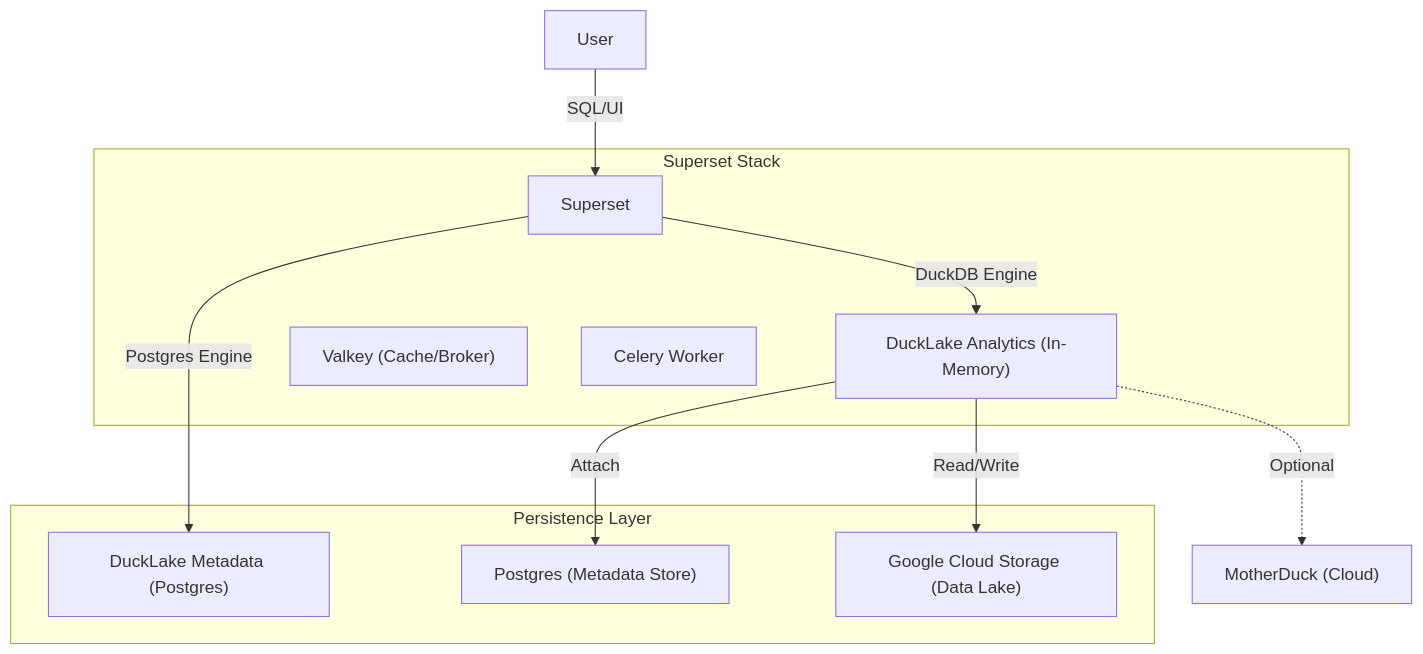
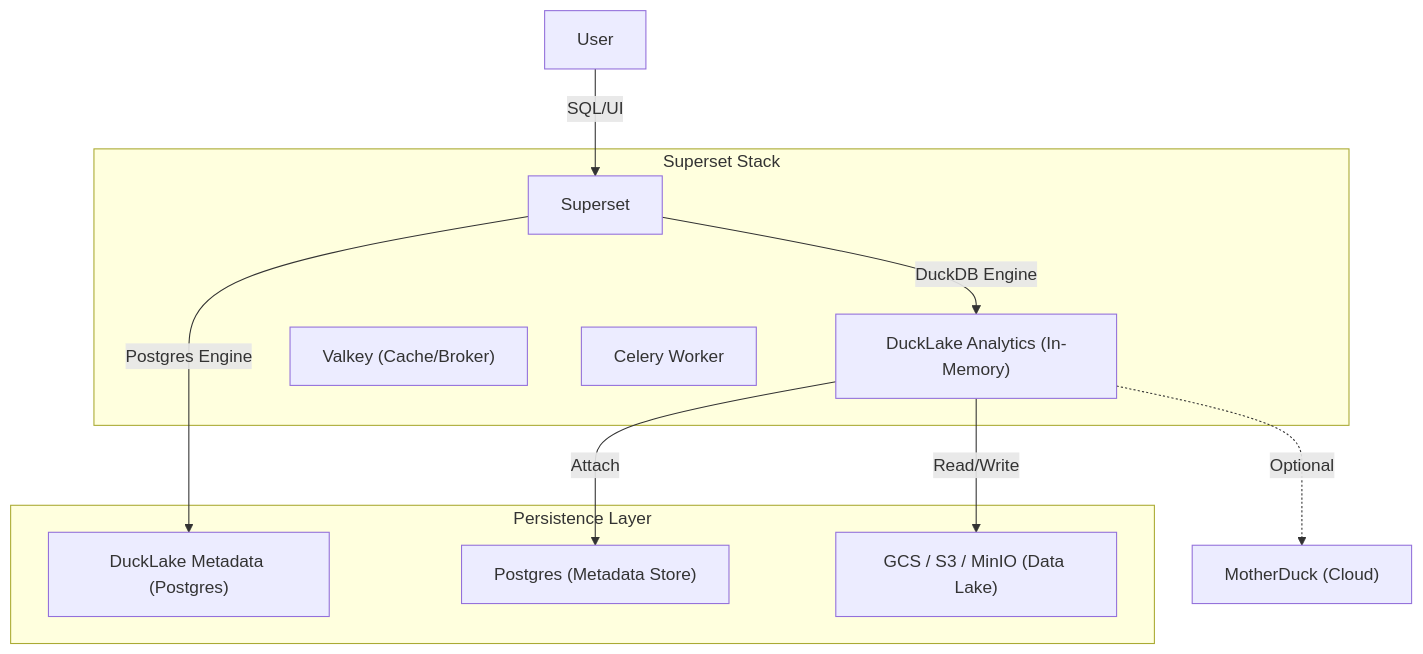
The diagram in README.md (chiqors/superset-ducklake), drawn with Mermaid before and after one commit. The commit also changed other lines of this file and 11 other files, not shown here.

First line of the commit message:
feat(storage): add S3 support for DuckLake storage driver

````diff
--- a/README.md
+++ b/README.md
@@ -10,22 +12,22 @@
 ```mermaid
 graph TD
     User[User] -->|SQL/UI| Superset
     Superset -->|DuckDB Engine| DuckDB["DuckLake Analytics (In-Memory)"]
     Superset -->|Postgres Engine| PGMetadata["DuckLake Metadata (Postgres)"]
     DuckDB -->|Attach| Postgres["Postgres (Metadata Store)"]
-    DuckDB -->|Read/Write| GCS["Google Cloud Storage (Data Lake)"]
+    DuckDB -->|Read/Write| GCS["GCS / S3 / MinIO (Data Lake)"]
     DuckDB -.->|Optional| MotherDuck["MotherDuck (Cloud)"]
     
     subgraph "Superset Stack"
         Superset
         DuckDB
         Valkey["Valkey (Cache/Broker)"]
         Worker["Celery Worker"]
     end
     
     subgraph "Persistence Layer"
         Postgres
         GCS
         PGMetadata
     end
 ```
````
